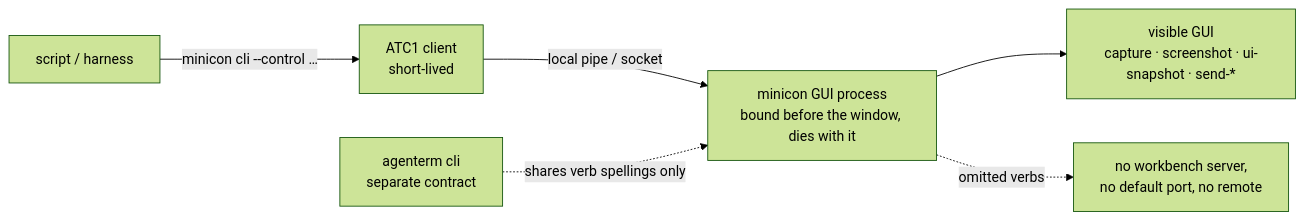
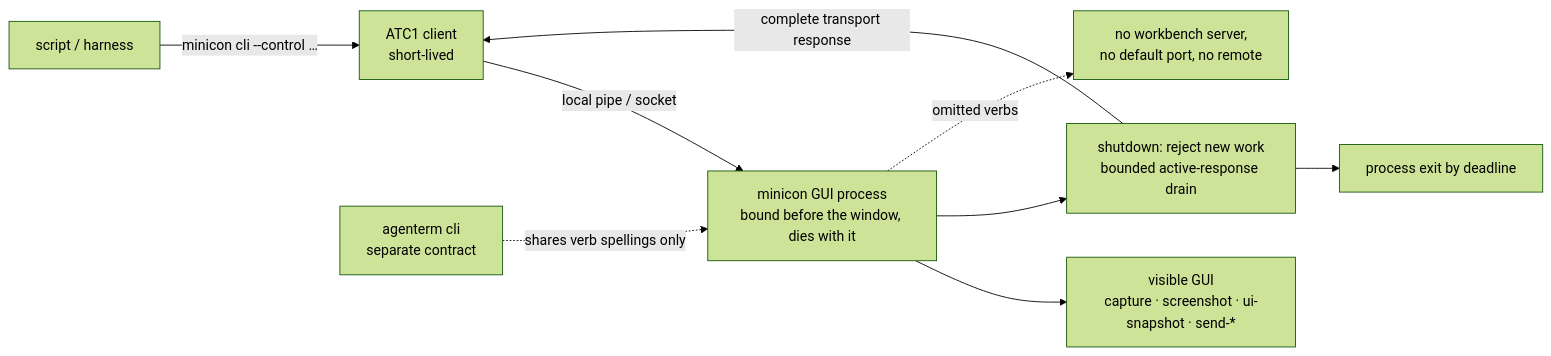
One commit to partnernetsoftware/minicon changed the diagram in prd/PRD_02_26_con_control_cli.md. Above: the diagram before and after it, drawn with Mermaid (forest theme). The commit also changed other lines of this file and 9 other files, not shown here.

Commit message:
Drain control responses before shutdown and bound GUI court setup

````diff
--- a/prd/PRD_02_26_con_control_cli.md
+++ b/prd/PRD_02_26_con_control_cli.md
@@ -25,8 +26,11 @@
 ```mermaid
 flowchart LR
     S["script / harness"] -->|"minicon cli --control …"| C["ATC1 client<br/>short-lived"]
     C -->|local pipe / socket| H["minicon GUI process<br/>bound before the window, dies with it"]
     H --> V["visible GUI<br/>capture · screenshot · ui-snapshot · send-*"]
+    H --> D["shutdown: reject new work<br/>bounded active-response drain"]
+    D -->|"complete transport response"| C
+    D --> E["process exit by deadline"]
     H -. omitted verbs .-> X["no workbench server,<br/>no default port, no remote"]
     AW["agenterm cli<br/>separate contract"] -. shares verb spellings only .-> H
 ```
````
